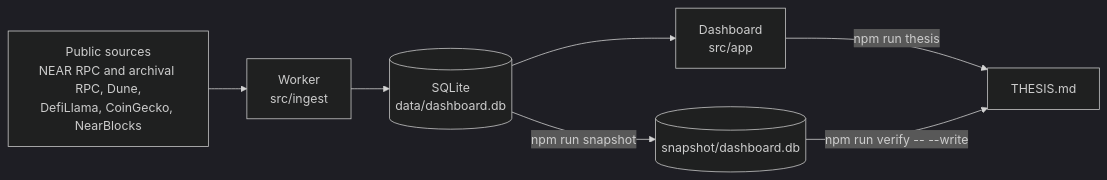
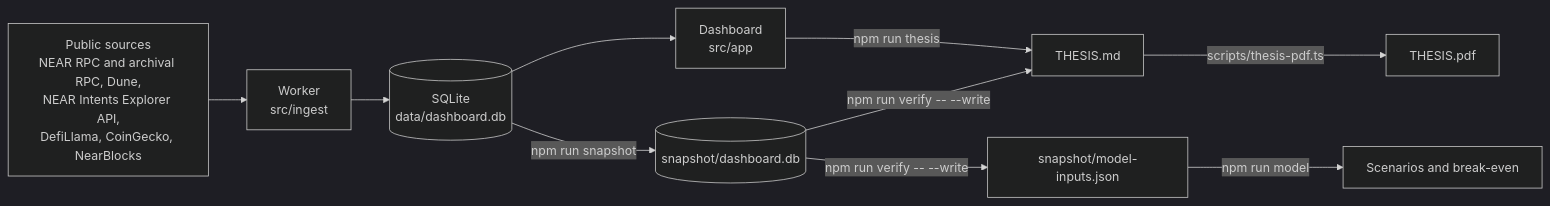
The first of 2 diagrams in README.md (zunmax/near-insight), drawn with Mermaid (dark theme) before and after one commit. The commit also changed other lines of this file and 143 other files, not shown here.

Commit message:
🟢 Add Explorer data, model CLI

````diff
--- a/README.md
+++ b/README.md
@@ -59,9 +86,12 @@
 ```mermaid
 flowchart LR
-  S["Public sources<br/>NEAR RPC and archival RPC, Dune,<br/>DefiLlama, CoinGecko, NearBlocks"] --> W["Worker<br/>src/ingest"]
+  S["Public sources<br/>NEAR RPC and archival RPC, Dune,<br/>NEAR Intents Explorer API,<br/>DefiLlama, CoinGecko, NearBlocks"] --> W["Worker<br/>src/ingest"]
   W --> DB[(SQLite<br/>data/dashboard.db)]
   DB --> D["Dashboard<br/>src/app"]
   D -- "npm run thesis" --> T["THESIS.md"]
   DB -- "npm run snapshot" --> SN[(snapshot/dashboard.db)]
   SN -- "npm run verify -- --write" --> T
+  T -- "scripts/thesis-pdf.ts" --> PDF["THESIS.pdf"]
+  SN -- "npm run verify -- --write" --> MI["snapshot/model-inputs.json"]
+  MI -- "npm run model" --> MO["Scenarios and break-even"]
 ```
````
